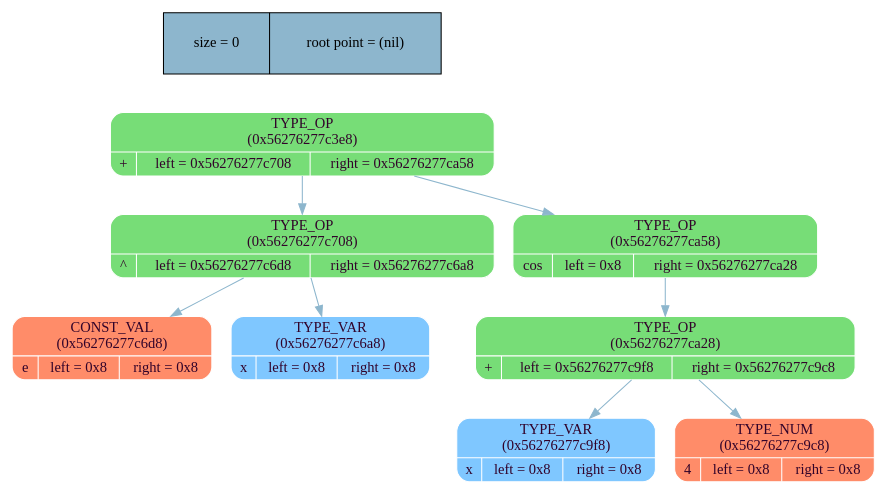
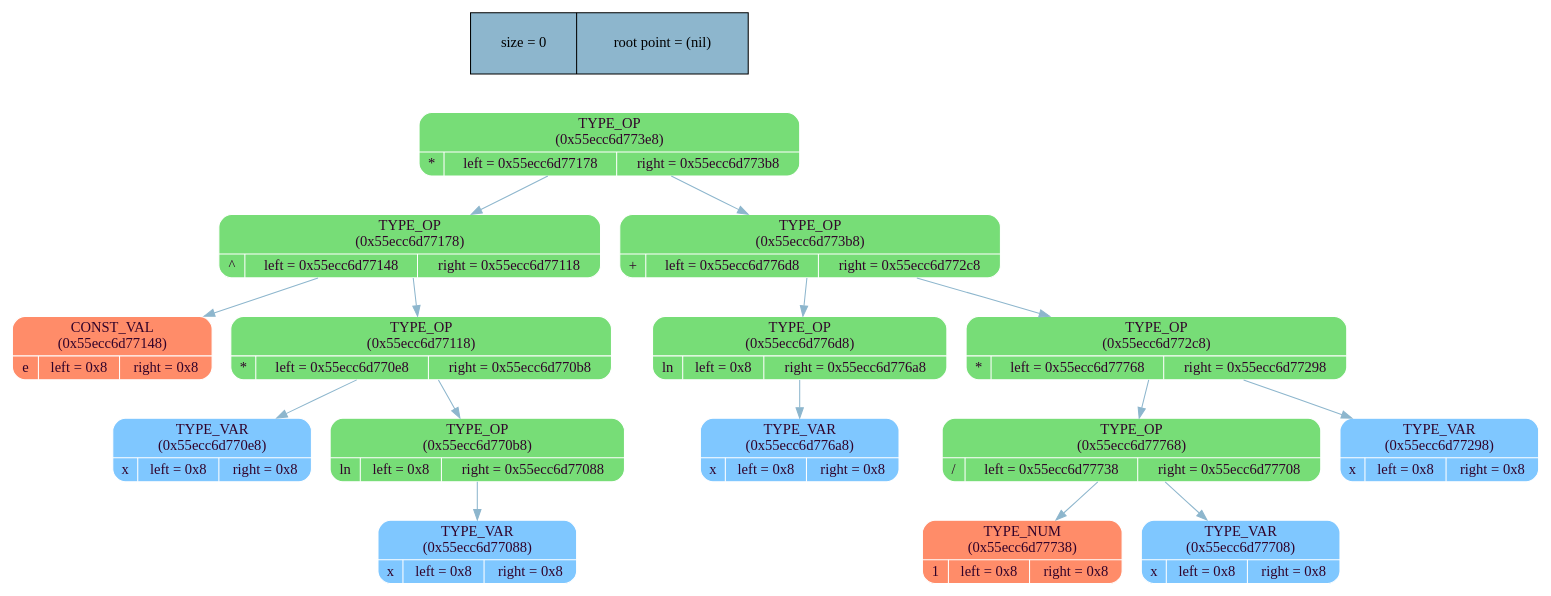
One commit to MaxGroshev/differentiator changed the diagram in tree/graph_lib/tree_dump.dot. Above: the diagram before and after it, drawn with Graphviz. The commit also changed 12 other files, not shown here.

```diff
--- a/tree/graph_lib/tree_dump.dot
+++ b/tree/graph_lib/tree_dump.dot
@@ -1,24 +1,38 @@
 digraph   
 {
 rankdir = ""
 splines = "true"
 
 node_stat [margin = "0.3*0.3", style = "filled", shape = "record", fillcolor = "#8DB6CD" label = " size = 0 | root point = (nil)"]
 {rank = source; node_stat}
 
-node0x56276277c3e8 [shape = "Mrecord", fillcolor = "#77DD77", style = "filled", fontcolor = "#31032A", fontname = "Calibri", color = "white", label = "{TYPE_OP\n (0x56276277c3e8)| {+ |left = 0x56276277c708 |right = 0x56276277ca58}}"]
-node0x56276277c3e8 -> node0x56276277c708 [color = "#8DB6CD", style = "", constraint = true, fillcolor = "#8DB6CD",   fontcolor = "", fontname = "Calibri", label = ""];
-node0x56276277c708 [shape = "Mrecord", fillcolor = "#77DD77", style = "filled", fontcolor = "#31032A", fontname = "Calibri", color = "white", label = "{TYPE_OP\n (0x56276277c708)| {^ |left = 0x56276277c6d8 |right = 0x56276277c6a8}}"]
-node0x56276277c708 -> node0x56276277c6d8 [color = "#8DB6CD", style = "", constraint = true, fillcolor = "#8DB6CD",   fontcolor = "", fontname = "Calibri", label = ""];
-node0x56276277c6d8 [shape = "Mrecord", fillcolor = "#FF8C69", style = "filled", fontcolor = "#31032A", fontname = "Calibri", color = "white", label = "{CONST_VAL\n (0x56276277c6d8)| {e |left = 0x8 |right = 0x8}}"]
-node0x56276277c708 -> node0x56276277c6a8 [color = "#8DB6CD", style = "", constraint = true, fillcolor = "#8DB6CD",   fontcolor = "", fontname = "Calibri", label = ""];
-node0x56276277c6a8 [shape = "Mrecord", fillcolor = "#7FC7FF", style = "filled", fontcolor = "#31032A", fontname = "Calibri", color = "white", label = "{TYPE_VAR\n (0x56276277c6a8)| {x |left = 0x8 |right = 0x8}}"]
-node0x56276277c3e8 -> node0x56276277ca58 [color = "#8DB6CD", style = "", constraint = true, fillcolor = "#8DB6CD",   fontcolor = "", fontname = "Calibri", label = ""];
-node0x56276277ca58 [shape = "Mrecord", fillcolor = "#77DD77", style = "filled", fontcolor = "#31032A", fontname = "Calibri", color = "white", label = "{TYPE_OP\n (0x56276277ca58)| {cos |left = 0x8 |right = 0x56276277ca28}}"]
-node0x56276277ca58 -> node0x56276277ca28 [color = "#8DB6CD", style = "", constraint = true, fillcolor = "#8DB6CD",   fontcolor = "", fontname = "Calibri", label = ""];
-node0x56276277ca28 [shape = "Mrecord", fillcolor = "#77DD77", style = "filled", fontcolor = "#31032A", fontname = "Calibri", color = "white", label = "{TYPE_OP\n (0x56276277ca28)| {+ |left = 0x56276277c9f8 |right = 0x56276277c9c8}}"]
-node0x56276277ca28 -> node0x56276277c9f8 [color = "#8DB6CD", style = "", constraint = true, fillcolor = "#8DB6CD",   fontcolor = "", fontname = "Calibri", label = ""];
-node0x56276277c9f8 [shape = "Mrecord", fillcolor = "#7FC7FF", style = "filled", fontcolor = "#31032A", fontname = "Calibri", color = "white", label = "{TYPE_VAR\n (0x56276277c9f8)| {x |left = 0x8 |right = 0x8}}"]
-node0x56276277ca28 -> node0x56276277c9c8 [color = "#8DB6CD", style = "", constraint = true, fillcolor = "#8DB6CD",   fontcolor = "", fontname = "Calibri", label = ""];
-node0x56276277c9c8 [shape = "Mrecord", fillcolor = "#FF8C69", style = "filled", fontcolor = "#31032A", fontname = "Calibri", color = "white", label = "{TYPE_NUM\n (0x56276277c9c8)| {4 |left = 0x8 |right = 0x8}}"]
+node0x55ecc6d773e8 [shape = "Mrecord", fillcolor = "#77DD77", style = "filled", fontcolor = "#31032A", fontname = "Calibri", color = "white", label = "{TYPE_OP\n (0x55ecc6d773e8)| {* |left = 0x55ecc6d77178 |right = 0x55ecc6d773b8}}"]
+node0x55ecc6d773e8 -> node0x55ecc6d77178 [color = "#8DB6CD", style = "", constraint = true, fillcolor = "#8DB6CD",   fontcolor = "", fontname = "Calibri", label = ""];
+node0x55ecc6d77178 [shape = "Mrecord", fillcolor = "#77DD77", style = "filled", fontcolor = "#31032A", fontname = "Calibri", color = "white", label = "{TYPE_OP\n (0x55ecc6d77178)| {^ |left = 0x55ecc6d77148 |right = 0x55ecc6d77118}}"]
+node0x55ecc6d77178 -> node0x55ecc6d77148 [color = "#8DB6CD", style = "", constraint = true, fillcolor = "#8DB6CD",   fontcolor = "", fontname = "Calibri", label = ""];
+node0x55ecc6d77148 [shape = "Mrecord", fillcolor = "#FF8C69", style = "filled", fontcolor = "#31032A", fontname = "Calibri", color = "white", label = "{CONST_VAL\n (0x55ecc6d77148)| {e |left = 0x8 |right = 0x8}}"]
+node0x55ecc6d77178 -> node0x55ecc6d77118 [color = "#8DB6CD", style = "", constraint = true, fillcolor = "#8DB6CD",   fontcolor = "", fontname = "Calibri", label = ""];
+node0x55ecc6d77118 [shape = "Mrecord", fillcolor = "#77DD77", style = "filled", fontcolor = "#31032A", fontname = "Calibri", color = "white", label = "{TYPE_OP\n (0x55ecc6d77118)| {* |left = 0x55ecc6d770e8 |right = 0x55ecc6d770b8}}"]
+node0x55ecc6d77118 -> node0x55ecc6d770e8 [color = "#8DB6CD", style = "", constraint = true, fillcolor = "#8DB6CD",   fontcolor = "", fontname = "Calibri", label = ""];
+node0x55ecc6d770e8 [shape = "Mrecord", fillcolor = "#7FC7FF", style = "filled", fontcolor = "#31032A", fontname = "Calibri", color = "white", label = "{TYPE_VAR\n (0x55ecc6d770e8)| {x |left = 0x8 |right = 0x8}}"]
+node0x55ecc6d77118 -> node0x55ecc6d770b8 [color = "#8DB6CD", style = "", constraint = true, fillcolor = "#8DB6CD",   fontcolor = "", fontname = "Calibri", label = ""];
+node0x55ecc6d770b8 [shape = "Mrecord", fillcolor = "#77DD77", style = "filled", fontcolor = "#31032A", fontname = "Calibri", color = "white", label = "{TYPE_OP\n (0x55ecc6d770b8)| {ln |left = 0x8 |right = 0x55ecc6d77088}}"]
+node0x55ecc6d770b8 -> node0x55ecc6d77088 [color = "#8DB6CD", style = "", constraint = true, fillcolor = "#8DB6CD",   fontcolor = "", fontname = "Calibri", label = ""];
+node0x55ecc6d77088 [shape = "Mrecord", fillcolor = "#7FC7FF", style = "filled", fontcolor = "#31032A", fontname = "Calibri", color = "white", label = "{TYPE_VAR\n (0x55ecc6d77088)| {x |left = 0x8 |right = 0x8}}"]
+node0x55ecc6d773e8 -> node0x55ecc6d773b8 [color = "#8DB6CD", style = "", constraint = true, fillcolor = "#8DB6CD",   fontcolor = "", fontname = "Calibri", label = ""];
+node0x55ecc6d773b8 [shape = "Mrecord", fillcolor = "#77DD77", style = "filled", fontcolor = "#31032A", fontname = "Calibri", color = "white", label = "{TYPE_OP\n (0x55ecc6d773b8)| {+ |left = 0x55ecc6d776d8 |right = 0x55ecc6d772c8}}"]
+node0x55ecc6d773b8 -> node0x55ecc6d776d8 [color = "#8DB6CD", style = "", constraint = true, fillcolor = "#8DB6CD",   fontcolor = "", fontname = "Calibri", label = ""];
+node0x55ecc6d776d8 [shape = "Mrecord", fillcolor = "#77DD77", style = "filled", fontcolor = "#31032A", fontname = "Calibri", color = "white", label = "{TYPE_OP\n (0x55ecc6d776d8)| {ln |left = 0x8 |right = 0x55ecc6d776a8}}"]
+node0x55ecc6d776d8 -> node0x55ecc6d776a8 [color = "#8DB6CD", style = "", constraint = true, fillcolor = "#8DB6CD",   fontcolor = "", fontname = "Calibri", label = ""];
+node0x55ecc6d776a8 [shape = "Mrecord", fillcolor = "#7FC7FF", style = "filled", fontcolor = "#31032A", fontname = "Calibri", color = "white", label = "{TYPE_VAR\n (0x55ecc6d776a8)| {x |left = 0x8 |right = 0x8}}"]
+node0x55ecc6d773b8 -> node0x55ecc6d772c8 [color = "#8DB6CD", style = "", constraint = true, fillcolor = "#8DB6CD",   fontcolor = "", fontname = "Calibri", label = ""];
+node0x55ecc6d772c8 [shape = "Mrecord", fillcolor = "#77DD77", style = "filled", fontcolor = "#31032A", fontname = "Calibri", color = "white", label = "{TYPE_OP\n (0x55ecc6d772c8)| {* |left = 0x55ecc6d77768 |right = 0x55ecc6d77298}}"]
+node0x55ecc6d772c8 -> node0x55ecc6d77768 [color = "#8DB6CD", style = "", constraint = true, fillcolor = "#8DB6CD",   fontcolor = "", fontname = "Calibri", label = ""];
+node0x55ecc6d77768 [shape = "Mrecord", fillcolor = "#77DD77", style = "filled", fontcolor = "#31032A", fontname = "Calibri", color = "white", label = "{TYPE_OP\n (0x55ecc6d77768)| {/ |left = 0x55ecc6d77738 |right = 0x55ecc6d77708}}"]
+node0x55ecc6d77768 -> node0x55ecc6d77738 [color = "#8DB6CD", style = "", constraint = true, fillcolor = "#8DB6CD",   fontcolor = "", fontname = "Calibri", label = ""];
+node0x55ecc6d77738 [shape = "Mrecord", fillcolor = "#FF8C69", style = "filled", fontcolor = "#31032A", fontname = "Calibri", color = "white", label = "{TYPE_NUM\n (0x55ecc6d77738)| {1 |left = 0x8 |right = 0x8}}"]
+node0x55ecc6d77768 -> node0x55ecc6d77708 [color = "#8DB6CD", style = "", constraint = true, fillcolor = "#8DB6CD",   fontcolor = "", fontname = "Calibri", label = ""];
+node0x55ecc6d77708 [shape = "Mrecord", fillcolor = "#7FC7FF", style = "filled", fontcolor = "#31032A", fontname = "Calibri", color = "white", label = "{TYPE_VAR\n (0x55ecc6d77708)| {x |left = 0x8 |right = 0x8}}"]
+node0x55ecc6d772c8 -> node0x55ecc6d77298 [color = "#8DB6CD", style = "", constraint = true, fillcolor = "#8DB6CD",   fontcolor = "", fontname = "Calibri", label = ""];
+node0x55ecc6d77298 [shape = "Mrecord", fillcolor = "#7FC7FF", style = "filled", fontcolor = "#31032A", fontname = "Calibri", color = "white", label = "{TYPE_VAR\n (0x55ecc6d77298)| {x |left = 0x8 |right = 0x8}}"]
 }
```
